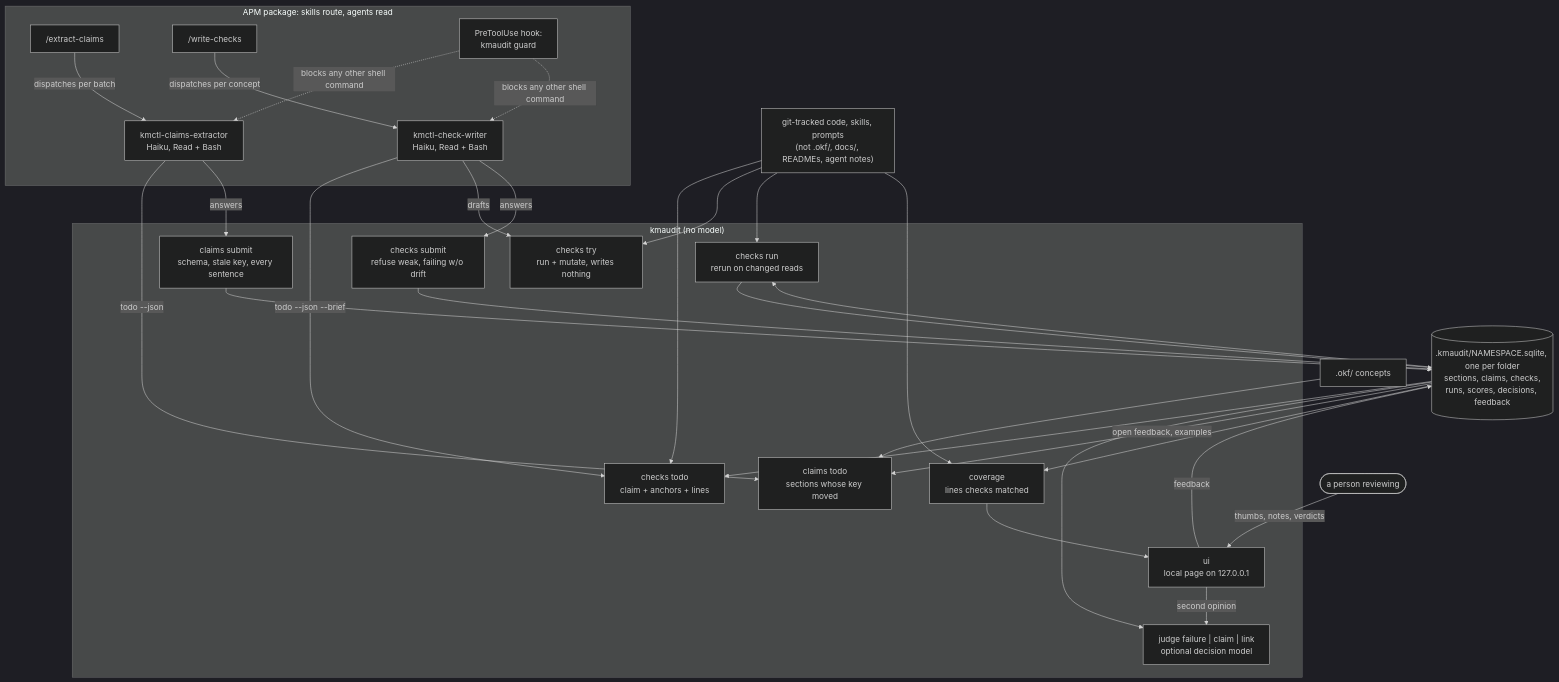
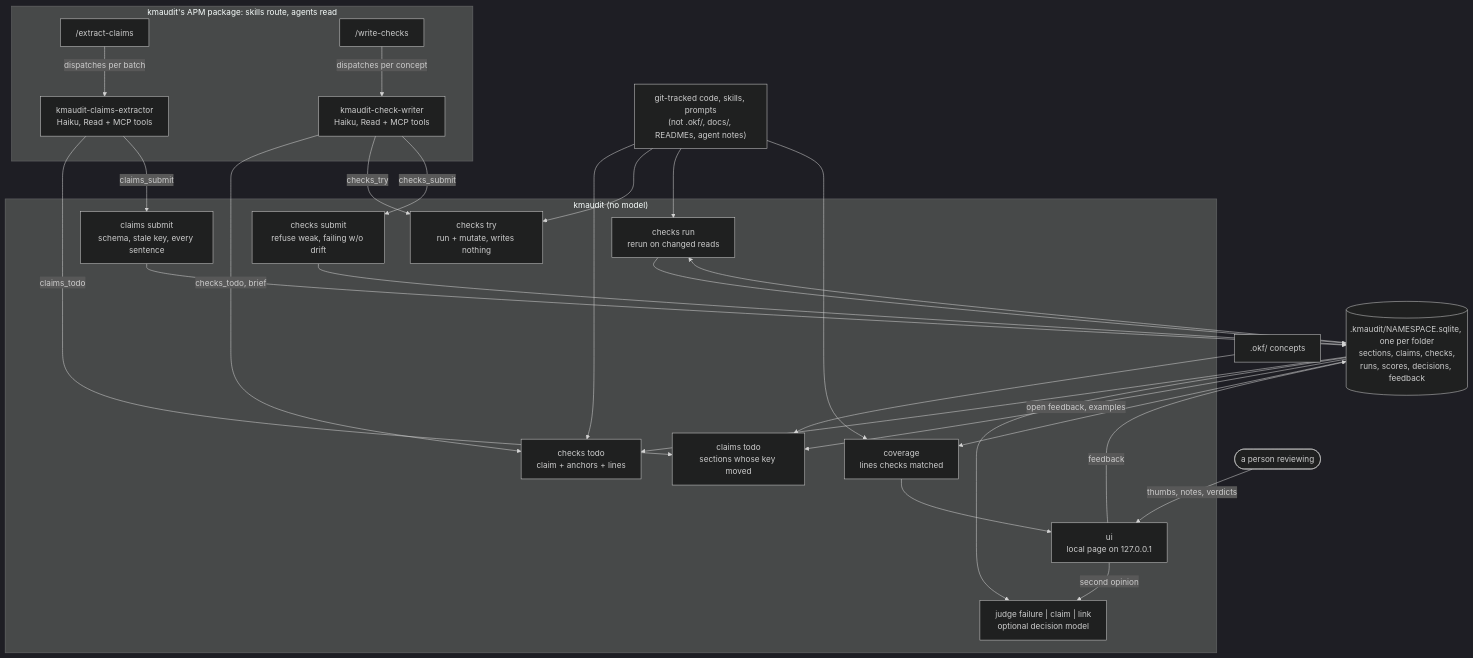
One commit to JasperHG90/kmctl changed the diagram in .okf/architecture/audit-pipeline.md. Above: the diagram before and after it, drawn with Mermaid (dark theme). The commit also changed other lines of this file and 39 other files, not shown here.

First line of the commit message:
Ship kmaudit's skills and agents in its own package, driving its MCP tools

````diff
--- a/.okf/architecture/audit-pipeline.md
+++ b/.okf/architecture/audit-pipeline.md
@@ -37,56 +38,53 @@
 ```mermaid
 flowchart TB
     bundle[".okf/ concepts"]
     code["git-tracked code, skills, prompts<br/>(not .okf/, docs/, READMEs, agent notes)"]
 
-    subgraph skills["APM package: skills route, agents read"]
+    subgraph skills["kmaudit's APM package: skills route, agents read"]
         extractSkill["/extract-claims"]
         writeSkill["/write-checks"]
-        extractor["kmctl-claims-extractor<br/>Haiku, Read + Bash"]
-        writer["kmctl-check-writer<br/>Haiku, Read + Bash"]
-        guard["PreToolUse hook:<br/>kmaudit guard"]
+        extractor["kmaudit-claims-extractor<br/>Haiku, Read + MCP tools"]
+        writer["kmaudit-check-writer<br/>Haiku, Read + MCP tools"]
     end
 
     subgraph cli["kmaudit (no model)"]
         ctodo["claims todo<br/>sections whose key moved"]
         csubmit["claims submit<br/>schema, stale key, every sentence"]
         ktodo["checks todo<br/>claim + anchors + lines"]
         ktry["checks try<br/>run + mutate, writes nothing"]
         ksubmit["checks submit<br/>refuse weak, failing w/o drift"]
         krun["checks run<br/>rerun on changed reads"]
         judge["judge failure | claim | link<br/>optional decision model"]
         ui["ui<br/>local page on 127.0.0.1"]
         cover["coverage<br/>lines checks matched"]
     end
 
     person(["a person reviewing"])
 
     store[(".kmaudit/NAMESPACE.sqlite, one per folder<br/>sections, claims, checks,<br/>runs, scores, decisions, feedback")]
 
     bundle --> ctodo
     extractSkill -- "dispatches per batch" --> extractor
-    extractor -- "todo --json" --> ctodo
-    extractor -- "answers" --> csubmit
+    extractor -- "claims_todo" --> ctodo
+    extractor -- "claims_submit" --> csubmit
     csubmit --> store
     store --> ktodo
     code --> ktodo
     writeSkill -- "dispatches per concept" --> writer
-    writer -- "todo --json --brief" --> ktodo
-    writer -- "drafts" --> ktry
+    writer -- "checks_todo, brief" --> ktodo
+    writer -- "checks_try" --> ktry
     code --> ktry
-    writer -- "answers" --> ksubmit
+    writer -- "checks_submit" --> ksubmit
     ksubmit --> store
     code --> krun
     store --> krun
     krun --> store
     store --> judge
     person -- "thumbs, notes, verdicts" --> ui
     ui -- "feedback" --> store
     ui -- "second opinion" --> judge
     store -- "open feedback, examples" --> ctodo
     store --> cover
     code --> cover
     cover --> ui
-    guard -. "blocks any other shell command" .-> extractor
-    guard -. "blocks any other shell command" .-> writer
 ```
````
